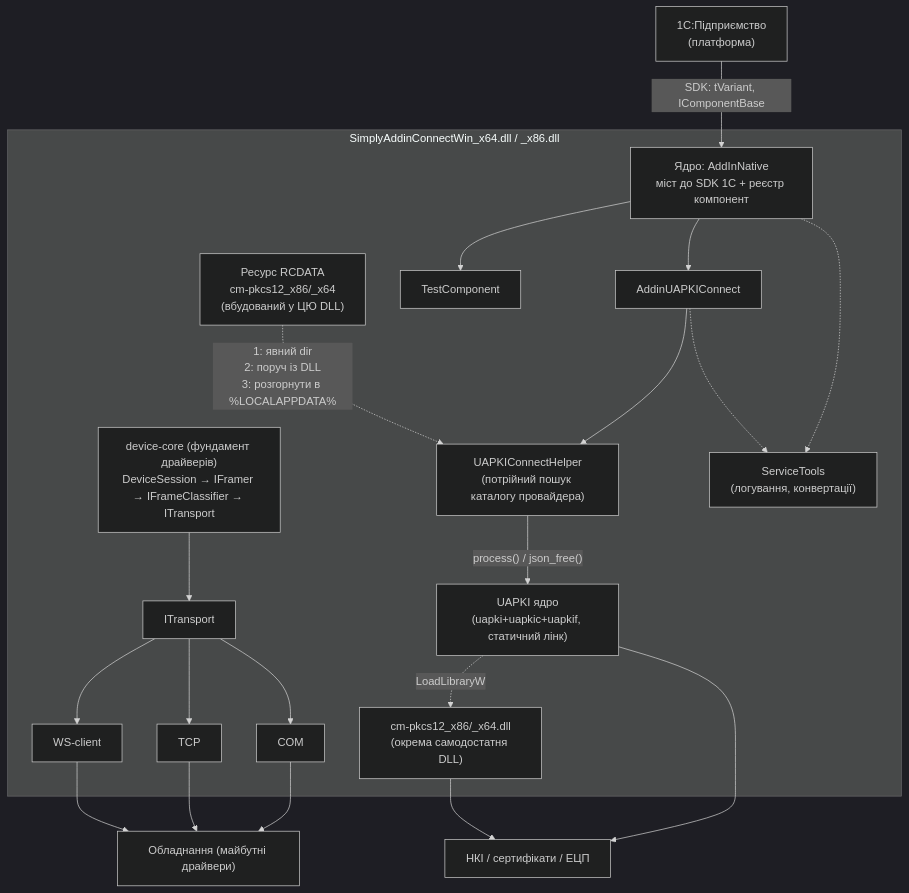
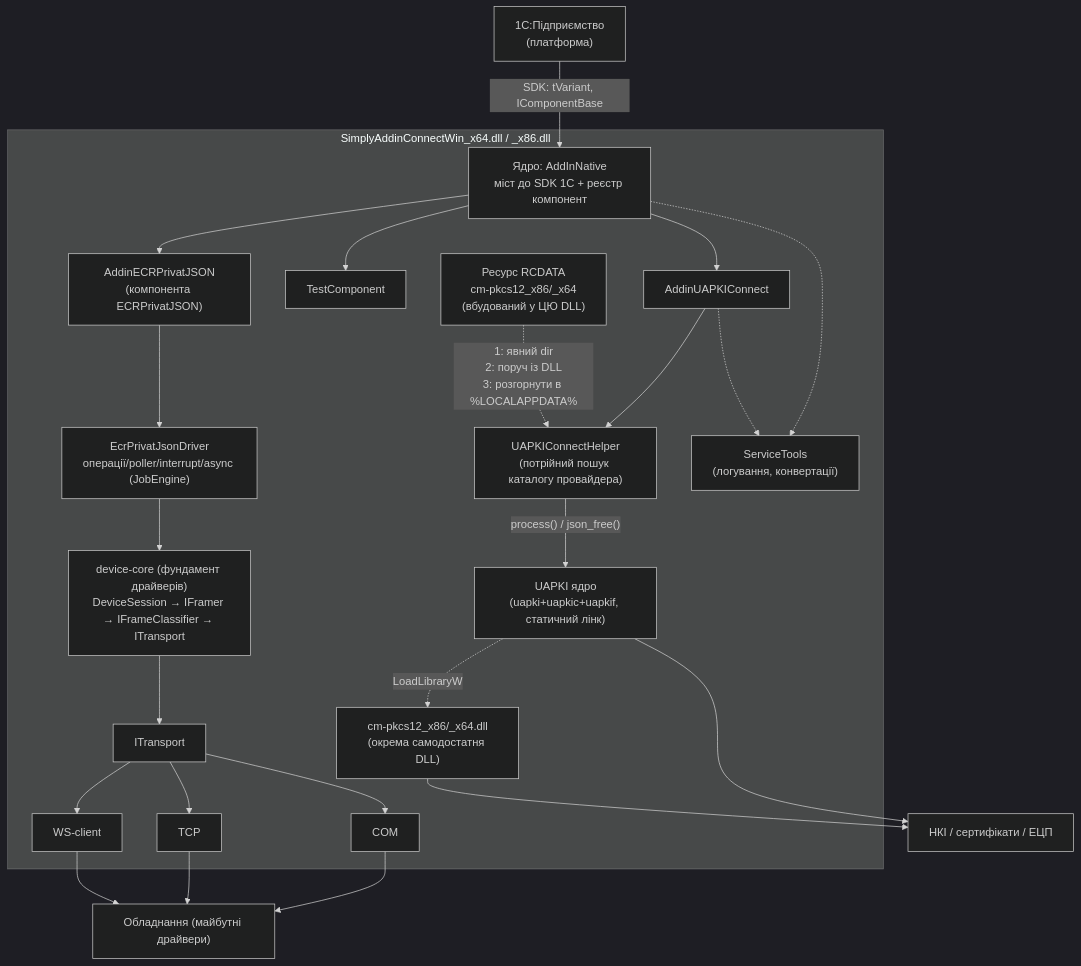
The diagram in docs/architecture/README.md (VSydorenko/SimplyAddinConnect), drawn with Mermaid (dark theme) before and after one commit. The commit also changed other lines of this file and 7 other files, not shown here.

````diff
--- a/docs/architecture/README.md
+++ b/docs/architecture/README.md
@@ -53,28 +57,30 @@
 ```mermaid
 flowchart TD
     A["1С:Підприємство<br/>(платформа)"] -->|"SDK: tVariant, IComponentBase"| B
 
     subgraph DLL["SimplyAddinConnectWin_x64.dll / _x86.dll"]
         B["Ядро: AddInNative<br/>міст до SDK 1С + реєстр компонент"]
         B --> C2["AddinUAPKIConnect"]
         B --> C3["TestComponent"]
+        B --> C4["AddinECRPrivatJSON<br/>(компонента ECRPrivatJSON)"]
 
-        W["device-core (фундамент драйверів)<br/>DeviceSession → IFramer → IFrameClassifier → ITransport"]
+        C4 --> DRV["EcrPrivatJsonDriver<br/>операції/poller/interrupt/async (JobEngine)"]
+        DRV --> W["device-core (фундамент драйверів)<br/>DeviceSession → IFramer → IFrameClassifier → ITransport"]
         W --> T["ITransport"]
         T --> T1["COM"] & T2["TCP"] & T3["WS-client"]
 
         C2 --> H2["UAPKIConnectHelper<br/>(потрійний пошук каталогу провайдера)"]
         H2 -->|"process() / json_free()"| U["UAPKI ядро<br/>(uapki+uapkic+uapkif, статичний лінк)"]
         R["Ресурс RCDATA<br/>cm-pkcs12_x86/_x64<br/>(вбудований у ЦЮ DLL)"] -.->|"1: явний dir<br/>2: поруч із DLL<br/>3: розгорнути в %LOCALAPPDATA%"| H2
         U -.->|"LoadLibraryW"| CM["cm-pkcs12_x86/_x64.dll<br/>(окрема самодостатня DLL)"]
 
         B -.-> S["ServiceTools<br/>(логування, конвертації)"]
         C2 -.-> S
     end
 
     T1 --> D1["Обладнання (майбутні драйвери)"]
     T2 --> D1
     T3 --> D1
     U --> D2["НКІ / сертифікати / ЕЦП"]
     CM --> D2
 ```
````
